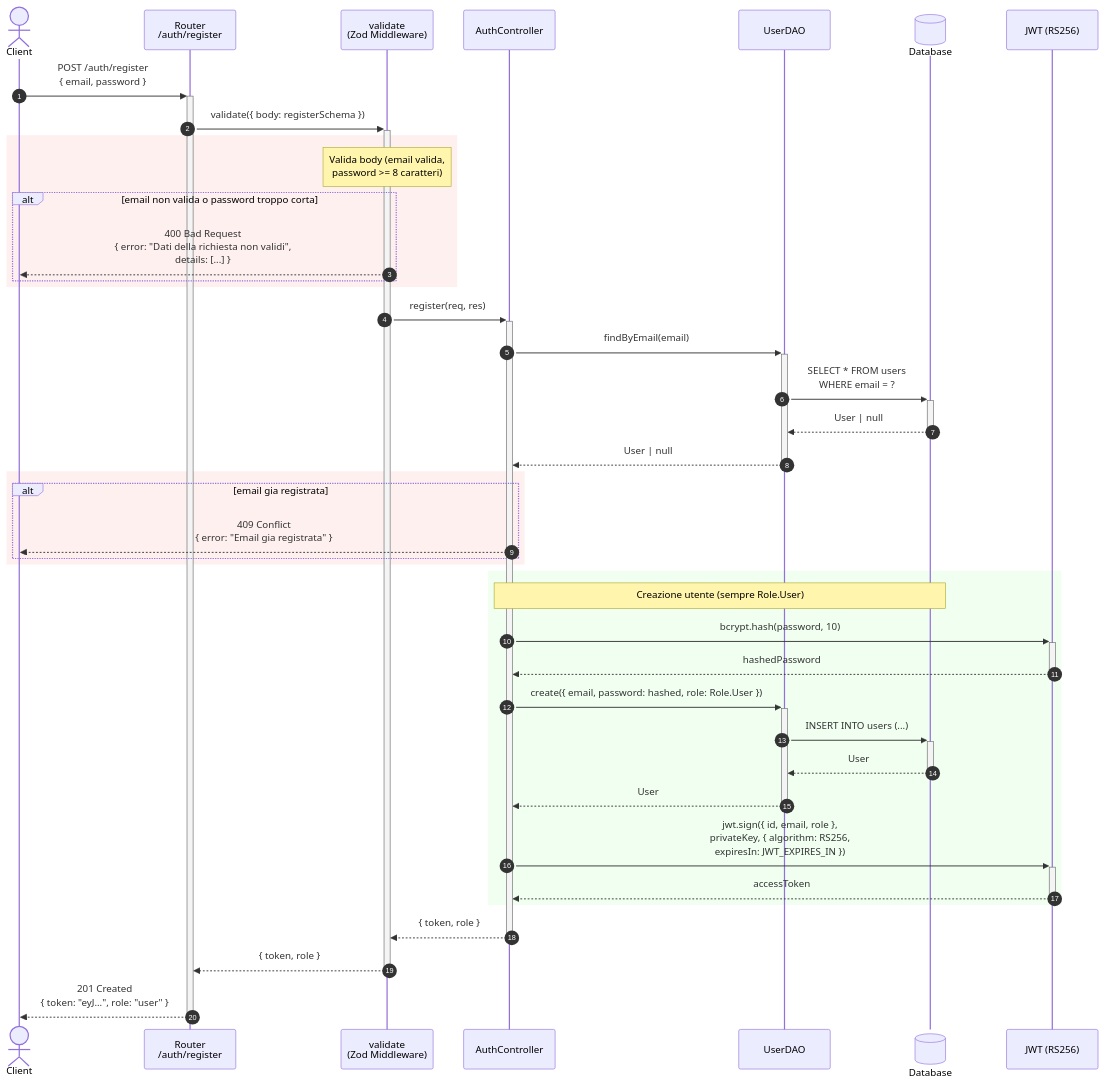
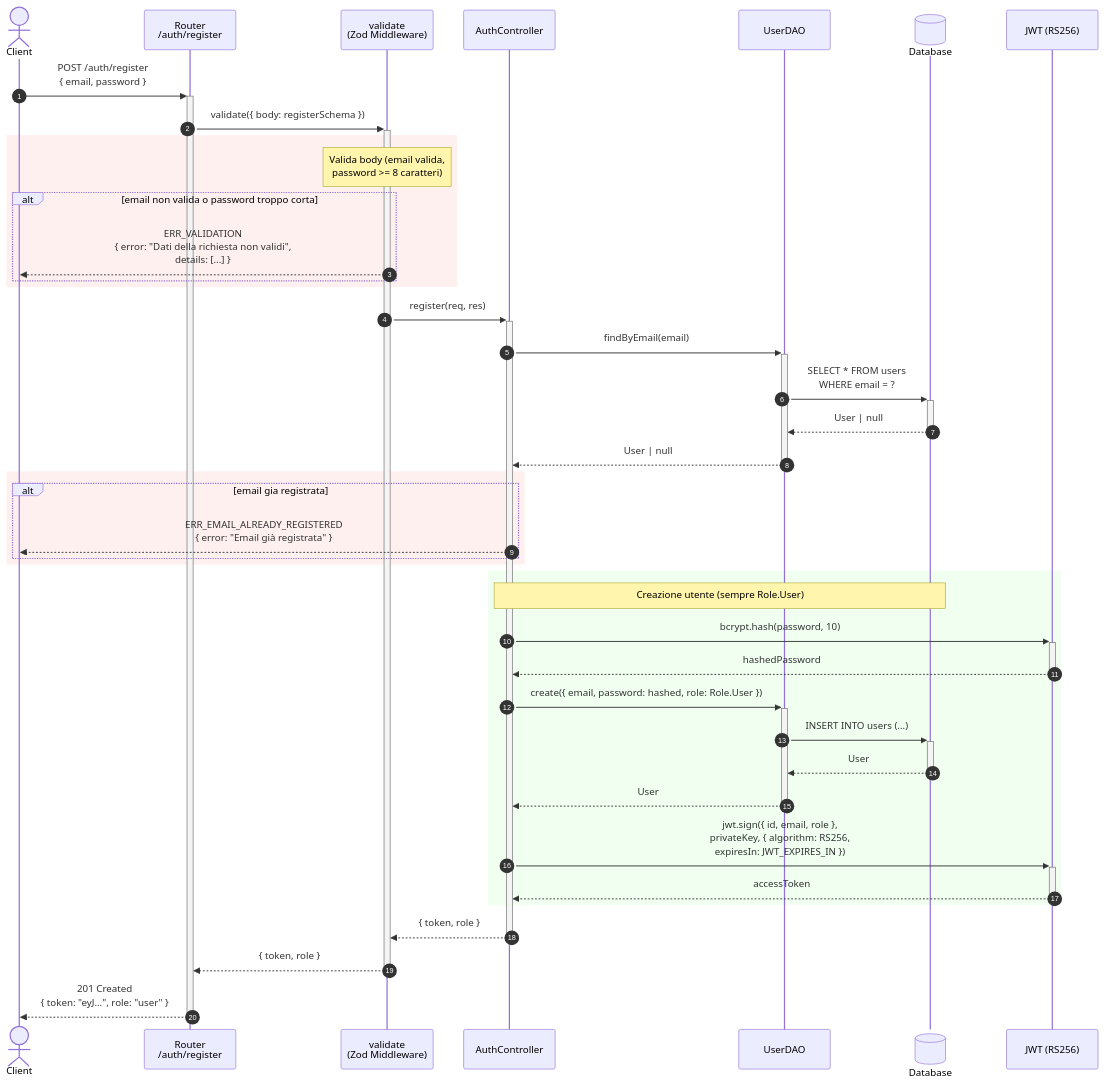
The first of 9 diagrams in README.md (zDarius21/Programmazione_Avanzata), drawn with Mermaid before and after one commit. The commit also changed other lines of this file and 6 other files, not shown here.

````diff
--- a/README.md
+++ b/README.md
@@ -74,53 +74,53 @@
 ```mermaid
 sequenceDiagram
     autonumber
     actor Client
     participant Router as Router<br/>/auth/register
     participant Validate as validate<br/>(Zod Middleware)
     participant Controller as AuthController
     participant DAO as UserDAO
     participant DB@{ "type": "database" } as Database
     participant JWT as JWT (RS256)
 
     Client->>+Router: POST /auth/register<br/>{ email, password }
 
     Router->>+Validate: validate({ body: registerSchema })
 
     rect rgb(255, 240, 240)
         note over Validate: Valida body (email valida,<br/>password >= 8 caratteri)
         alt email non valida o password troppo corta
-            Validate-->>Client: 400 Bad Request<br/>{ error: "Dati della richiesta non validi",<br/>details: [...] }
+            Validate-->>Client: ERR_VALIDATION<br/>{ error: "Dati della richiesta non validi",<br/>details: [...] }
         end
     end
 
     Validate->>+Controller: register(req, res)
 
     Controller->>+DAO: findByEmail(email)
     DAO->>+DB: SELECT * FROM users<br/>WHERE email = ?
     DB-->>-DAO: User | null
     DAO-->>-Controller: User | null
 
     rect rgb(255, 240, 240)
         alt email gia registrata
-            Controller-->>Client: 409 Conflict<br/>{ error: "Email gia registrata" }
+            Controller-->>Client: ERR_EMAIL_ALREADY_REGISTERED<br/>{ error: "Email già registrata" }
         end
     end
 
     rect rgb(240, 255, 240)
         note over Controller,DB: Creazione utente (sempre Role.User)
         Controller->>+JWT: bcrypt.hash(password, 10)
         JWT-->>-Controller: hashedPassword
 
         Controller->>+DAO: create({ email, password: hashed, role: Role.User })
         DAO->>+DB: INSERT INTO users (...)
         DB-->>-DAO: User
         DAO-->>-Controller: User
 
         Controller->>+JWT: jwt.sign({ id, email, role },<br/>privateKey, { algorithm: RS256,<br/>expiresIn: JWT_EXPIRES_IN })
         JWT-->>-Controller: accessToken
     end
 
     Controller-->>-Validate: { token, role }
     Validate-->>-Router: { token, role }
     Router-->>-Client: 201 Created<br/>{ token: "eyJ...", role: "user" }
 ```
````
